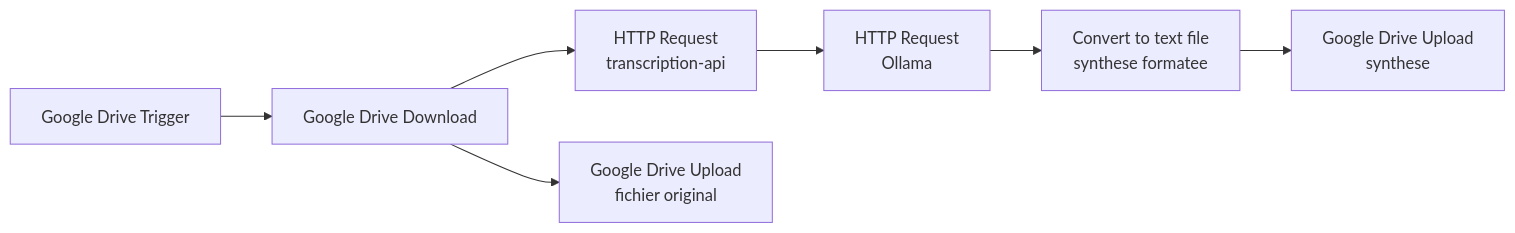
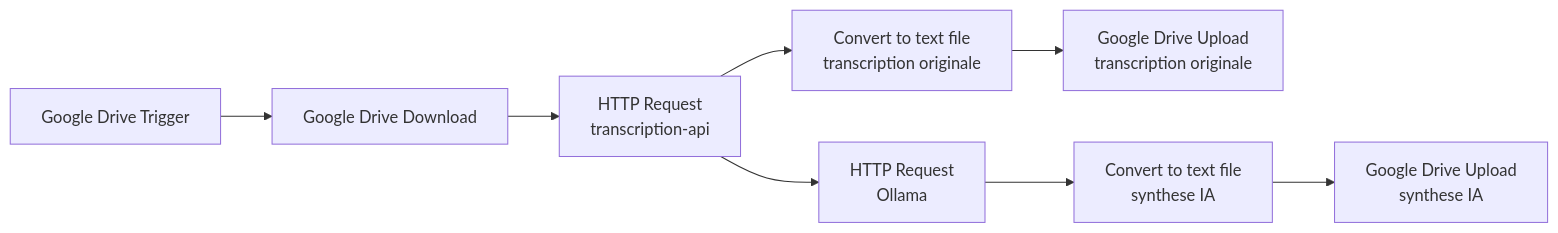
The diagram in N8N_OLLAMA_WORKFLOW.md (souhak00/transcription-api), drawn with Mermaid before and after one commit. The commit also changed other lines of this file and 7 other files, not shown here.

````diff
--- a/N8N_OLLAMA_WORKFLOW.md
+++ b/N8N_OLLAMA_WORKFLOW.md
@@ -60,14 +61,16 @@
 ```mermaid
 flowchart LR
     DriveTrigger["Google Drive Trigger"]
     DriveDownload["Google Drive Download"]
     Transcription["HTTP Request<br/>transcription-api"]
     Ollama["HTTP Request<br/>Ollama"]
-    UploadOriginal["Google Drive Upload<br/>fichier original"]
-    Convert["Convert to text file<br/>synthese formatee"]
-    UploadSummary["Google Drive Upload<br/>synthese"]
+    ConvertOriginal["Convert to text file<br/>transcription originale"]
+    UploadOriginal["Google Drive Upload<br/>transcription originale"]
+    ConvertAi["Convert to text file<br/>synthese IA"]
+    UploadAi["Google Drive Upload<br/>synthese IA"]
 
     DriveTrigger --> DriveDownload
-    DriveDownload --> UploadOriginal
-    DriveDownload --> Transcription --> Ollama --> Convert --> UploadSummary
+    DriveDownload --> Transcription
+    Transcription --> ConvertOriginal --> UploadOriginal
+    Transcription --> Ollama --> ConvertAi --> UploadAi
 ```
````
